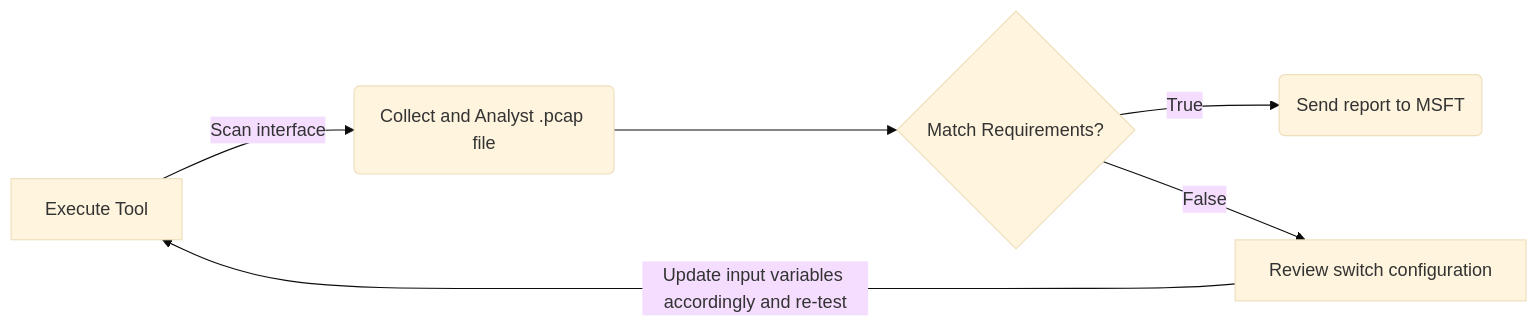
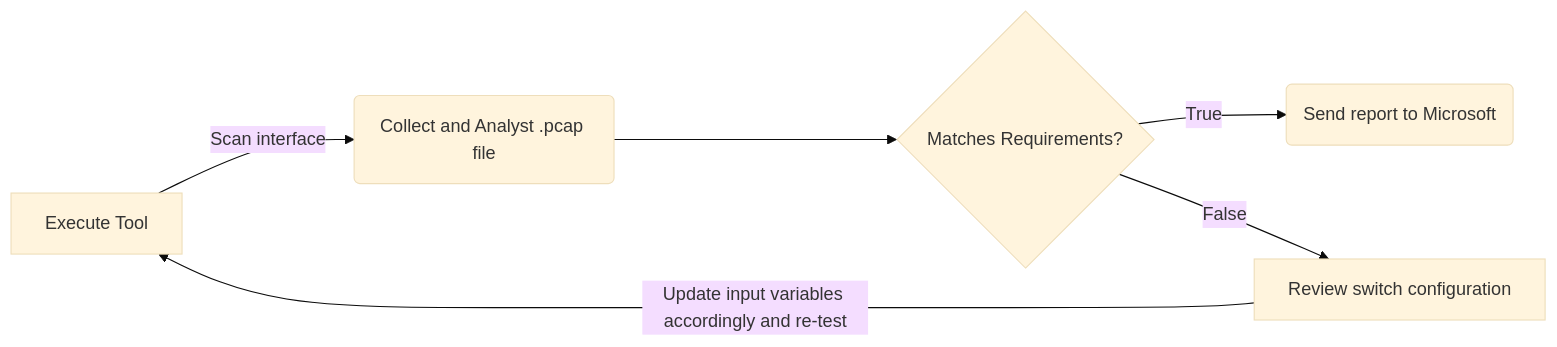
One commit to microsoft/AzureStackHCI-Network-Switch-Validation changed the diagram in README.md. Above: the diagram before and after it, drawn with Mermaid (base theme).

````diff
--- a/README.md
+++ b/README.md
@@ -17,9 +17,9 @@
 ```mermaid
 flowchart LR
 
 A[Execute Tool] -->|Scan interface| B(Collect and Analyst .pcap file)
-B --> C{Match Requirements?}
-C --> |True|D(Send report to MSFT)
+B --> C{Matches Requirements?}
+C --> |True|D(Send report to Microsoft)
 C --> |False|E[Review switch configuration]
 E --> |Update input variables accordingly and re-test | A
 ```
````
